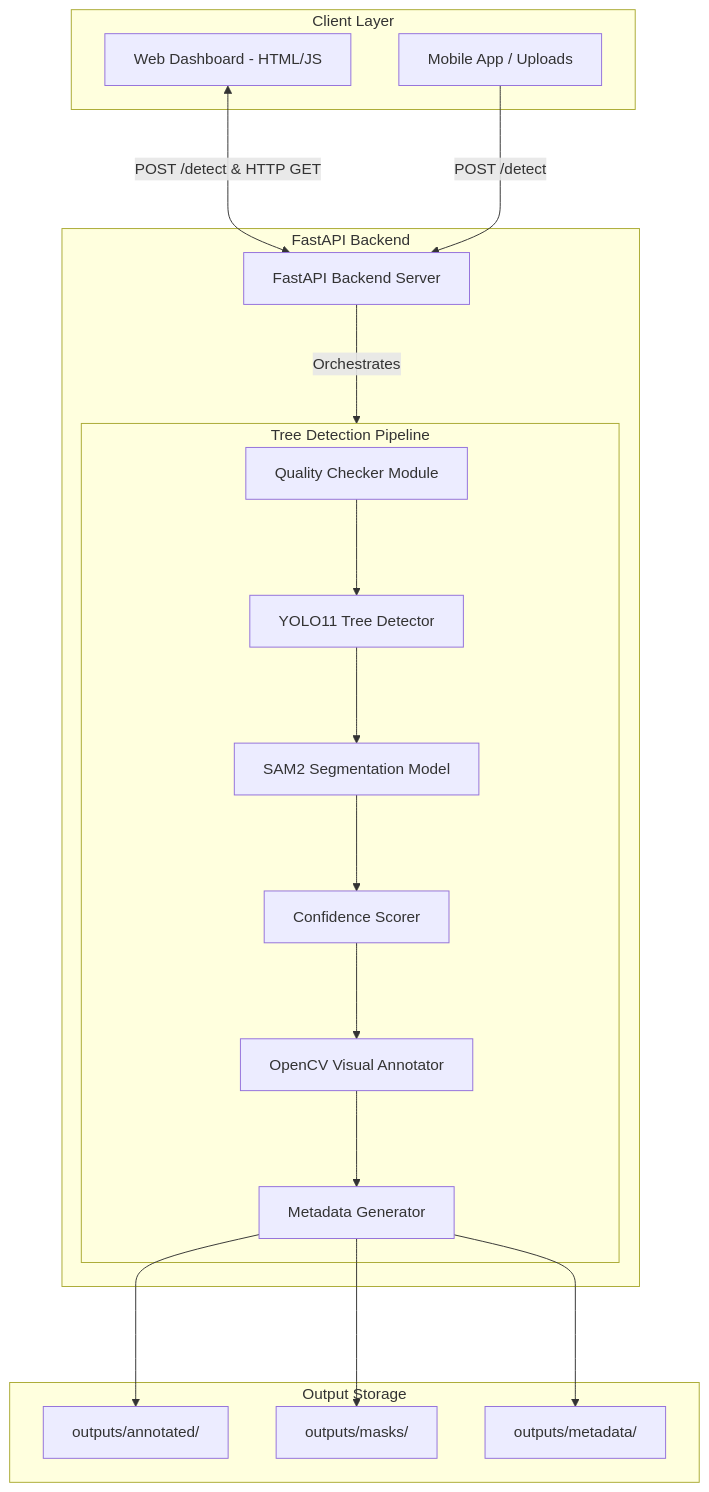
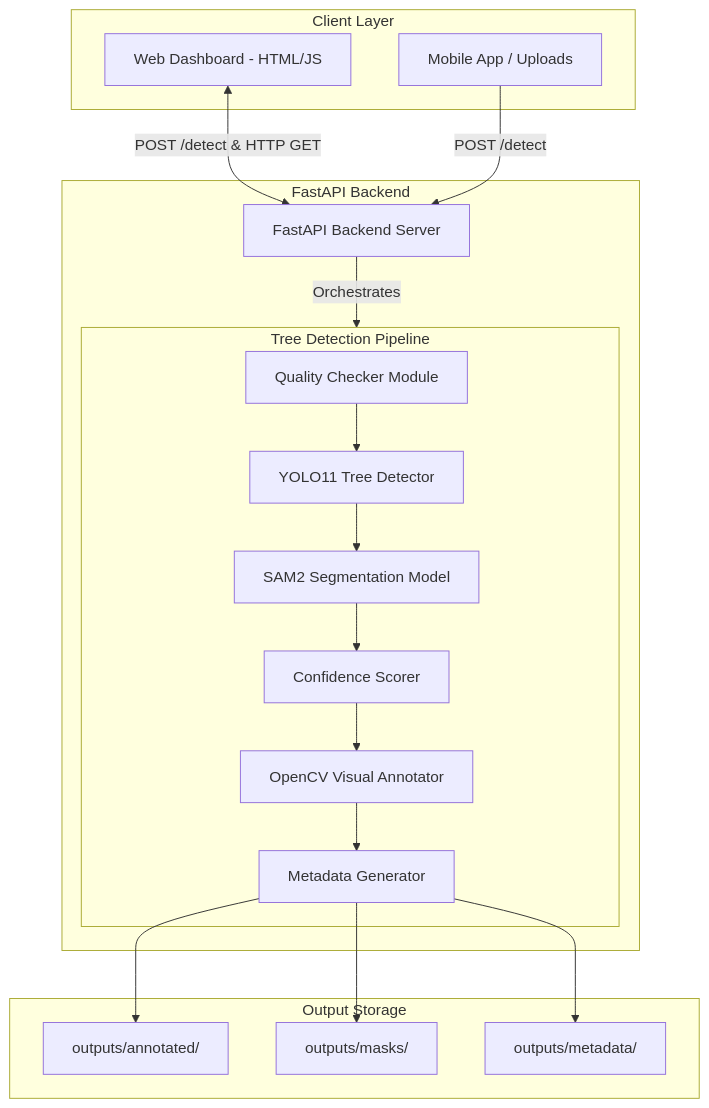
Before and after one commit to nirajkumardangi/tree-detection-localization: the first of 3 diagrams in README.md, drawn with Mermaid. The commit also changed other lines of this file and 9 other files, not shown here.

````diff
--- a/README.md
+++ b/README.md
@@ -66,40 +72,40 @@
 ```mermaid
 graph TD
     subgraph Client Layer
         Web[Web Dashboard - HTML/JS]
         Mobile[Mobile App / Uploads]
     end
 
     subgraph FastAPI Backend
         API[FastAPI Backend Server]
         
         subgraph Pipeline [Tree Detection Pipeline]
             QC[Quality Checker Module]
             TD[YOLO11 Tree Detector]
             SAM[SAM2 Segmentation Model]
             Scorer[Confidence Scorer]
             Annotator[OpenCV Visual Annotator]
             MetaGen[Metadata Generator]
         end
     end
 
     subgraph Storage [Output Storage]
         AnnOut[outputs/annotated/]
         MaskOut[outputs/masks/]
         MetaOut[outputs/metadata/]
     end
 
     Web <-->|POST /detect & HTTP GET| API
-    Mobile --->|POST /detect| API
+    Mobile -->|POST /detect| API
     
-    API --->|Orchestrates| Pipeline
-    QC ---> TD
-    TD ---> SAM
-    SAM ---> Scorer
-    Scorer ---> Annotator
-    Annotator ---> MetaGen
+    API -->|Orchestrates| Pipeline
+    QC --> TD
+    TD --> SAM
+    SAM --> Scorer
+    Scorer --> Annotator
+    Annotator --> MetaGen
     
-    MetaGen ---> AnnOut
-    MetaGen ---> MaskOut
-    MetaGen ---> MetaOut
+    MetaGen --> AnnOut
+    MetaGen --> MaskOut
+    MetaGen --> MetaOut
 ```
````
